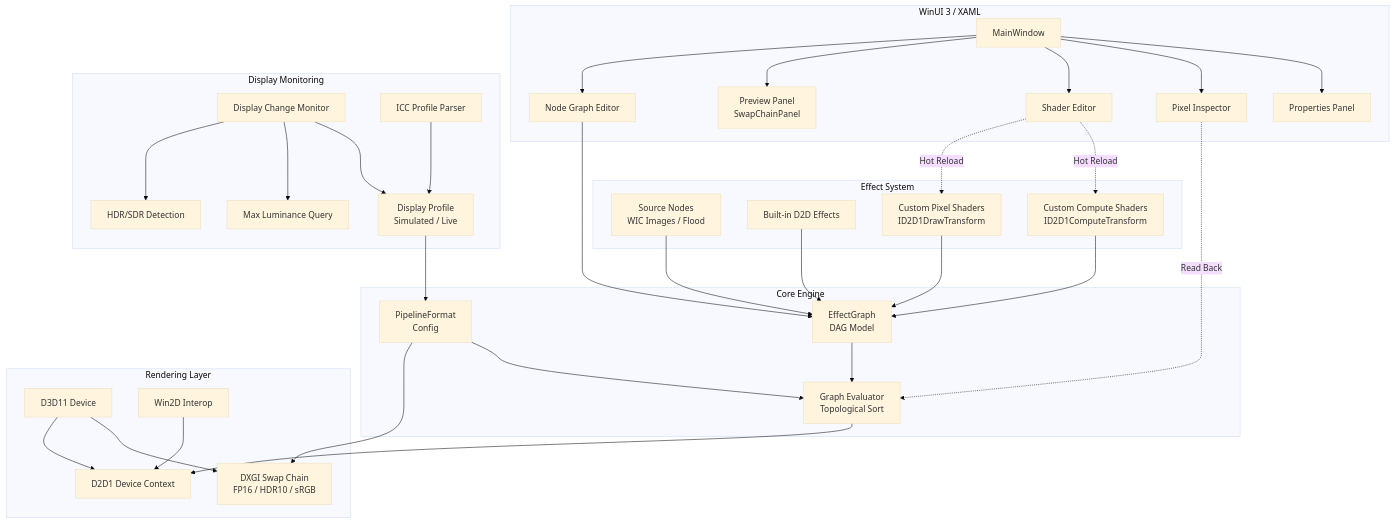
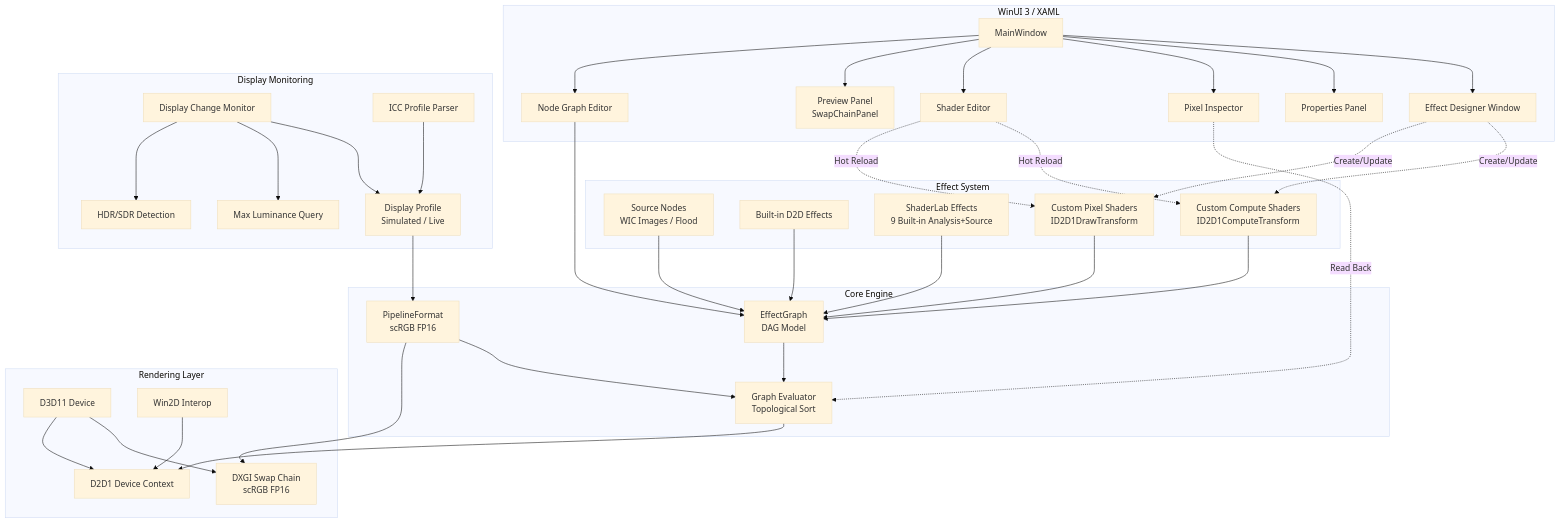
Before and after one commit to Spruill-1/ShaderLab: the first of 7 diagrams in README.md, drawn with Mermaid (base theme). The commit also changed other lines of this file and 3 other files, not shown here.

````diff
--- a/README.md
+++ b/README.md
@@ -11,65 +11,71 @@
 ```mermaid
 graph TB
     subgraph UI["WinUI 3 / XAML"]
         MW[MainWindow]
         NGE[Node Graph Editor]
         PP[Preview Panel<br/>SwapChainPanel]
         SE[Shader Editor]
         PI[Pixel Inspector]
         PROPS[Properties Panel]
+        EDW[Effect Designer Window]
     end
 
     subgraph Core["Core Engine"]
         EG[EffectGraph<br/>DAG Model]
         EVAL[Graph Evaluator<br/>Topological Sort]
-        PF[PipelineFormat<br/>Config]
+        PF[PipelineFormat<br/>scRGB FP16]
     end
 
     subgraph Rendering["Rendering Layer"]
         D3D[D3D11 Device]
         D2D[D2D1 Device Context]
-        SC[DXGI Swap Chain<br/>FP16 / HDR10 / sRGB]
+        SC[DXGI Swap Chain<br/>scRGB FP16]
         W2D[Win2D Interop]
     end
 
     subgraph Effects["Effect System"]
         SRC[Source Nodes<br/>WIC Images / Flood]
         BIN[Built-in D2D Effects]
+        SLE[ShaderLab Effects<br/>9 Built-in Analysis+Source]
         PS[Custom Pixel Shaders<br/>ID2D1DrawTransform]
         CS[Custom Compute Shaders<br/>ID2D1ComputeTransform]
     end
 
     subgraph Monitoring["Display Monitoring"]
         DM[Display Change Monitor]
         HDR[HDR/SDR Detection]
         LUM[Max Luminance Query]
         DP[Display Profile<br/>Simulated / Live]
         ICC[ICC Profile Parser]
     end
 
     MW --> NGE
     MW --> PP
     MW --> SE
     MW --> PI
     MW --> PROPS
+    MW --> EDW
     NGE --> EG
     EG --> EVAL
     EVAL --> D2D
     PF --> SC
     PF --> EVAL
     D3D --> D2D
     D3D --> SC
     W2D --> D2D
     SRC --> EG
     BIN --> EG
+    SLE --> EG
     PS --> EG
     CS --> EG
     DM --> HDR
     DM --> LUM
     DM --> DP
     ICC --> DP
     DP --> PF
     SE -.->|Hot Reload| PS
     SE -.->|Hot Reload| CS
+    EDW -.->|Create/Update| PS
+    EDW -.->|Create/Update| CS
     PI -.->|Read Back| EVAL
 ```
````
